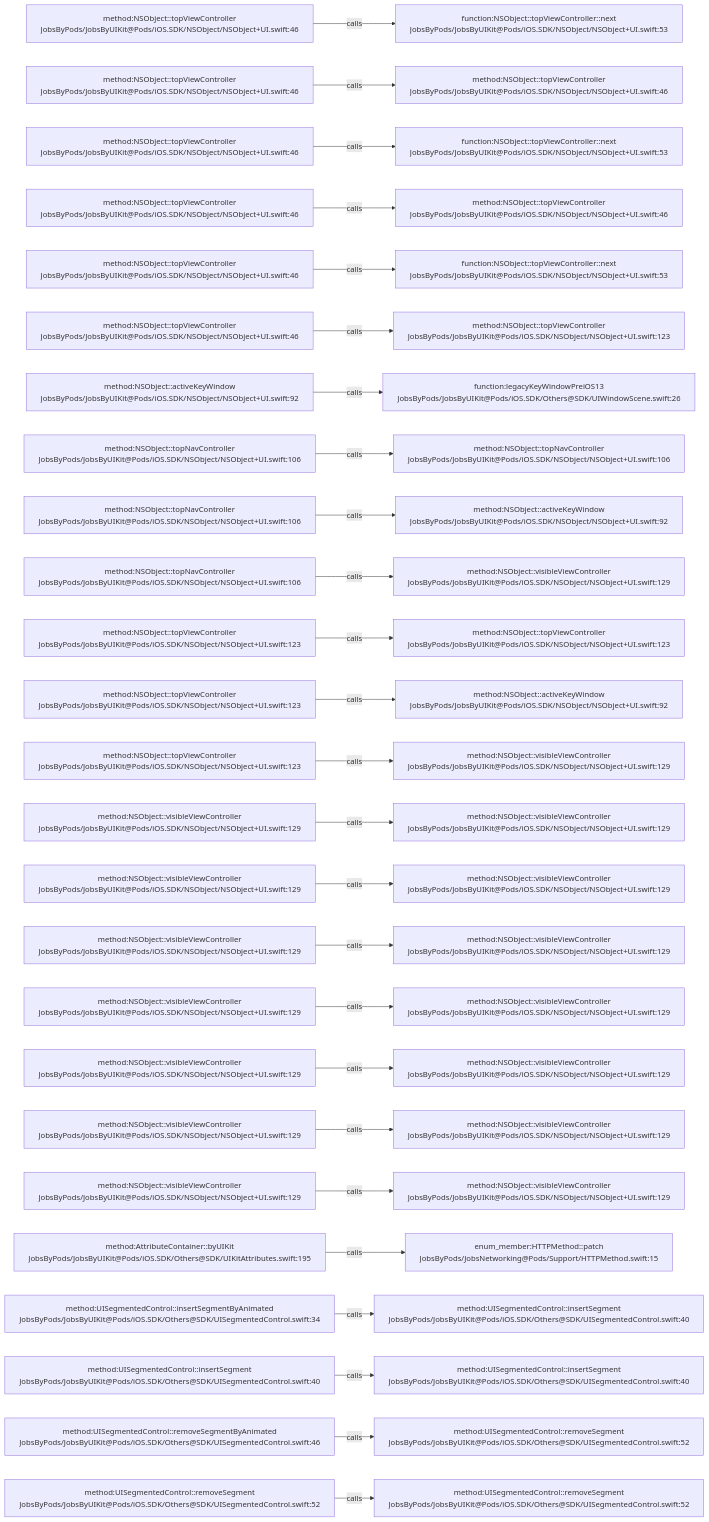
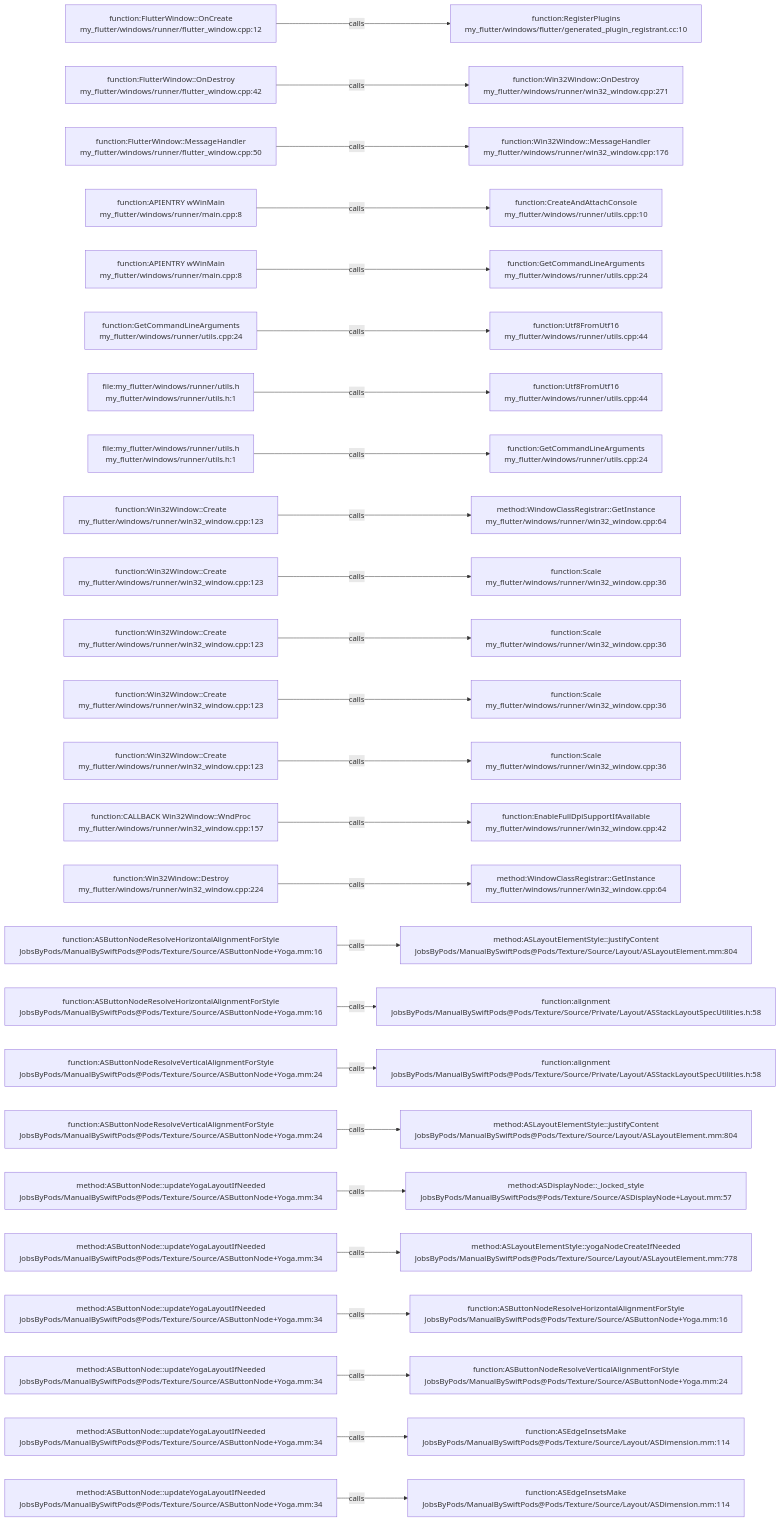
Before and after one commit to JobsKits/JobsSwiftBaseConfigDemo: the diagram in .codegraph/codegraph.md/graphs/calls-002.md, drawn with Mermaid. The commit also changed 832 other files, not shown here.

````diff
--- a/.codegraph/codegraph.md/graphs/calls-002.md
+++ b/.codegraph/codegraph.md/graphs/calls-002.md
@@ -13,78 +13,78 @@
 ```mermaid
 flowchart LR
-  S1["method:NSObject::topViewController<br/>JobsByPods/JobsByUIKit@Pods/iOS.SDK/NSObject/NSObject+UI.swift:46"]
-  T1["function:NSObject::topViewController::next<br/>JobsByPods/JobsByUIKit@Pods/iOS.SDK/NSObject/NSObject+UI.swift:53"]
+  S1["function:FlutterWindow::OnCreate<br/>my_flutter/windows/runner/flutter_window.cpp:12"]
+  T1["function:RegisterPlugins<br/>my_flutter/windows/flutter/generated_plugin_registrant.cc:10"]
   S1 -->|calls| T1
-  S2["method:NSObject::topViewController<br/>JobsByPods/JobsByUIKit@Pods/iOS.SDK/NSObject/NSObject+UI.swift:46"]
-  T2["method:NSObject::topViewController<br/>JobsByPods/JobsByUIKit@Pods/iOS.SDK/NSObject/NSObject+UI.swift:46"]
+  S2["function:FlutterWindow::OnDestroy<br/>my_flutter/windows/runner/flutter_window.cpp:42"]
+  T2["function:Win32Window::OnDestroy<br/>my_flutter/windows/runner/win32_window.cpp:271"]
   S2 -->|calls| T2
-  S3["method:NSObject::topViewController<br/>JobsByPods/JobsByUIKit@Pods/iOS.SDK/NSObject/NSObject+UI.swift:46"]
-  T3["function:NSObject::topViewController::next<br/>JobsByPods/JobsByUIKit@Pods/iOS.SDK/NSObject/NSObject+UI.swift:53"]
+  S3["function:FlutterWindow::MessageHandler<br/>my_flutter/windows/runner/flutter_window.cpp:50"]
+  T3["function:Win32Window::MessageHandler<br/>my_flutter/windows/runner/win32_window.cpp:176"]
   S3 -->|calls| T3
-  S4["method:NSObject::topViewController<br/>JobsByPods/JobsByUIKit@Pods/iOS.SDK/NSObject/NSObject+UI.swift:46"]
-  T4["method:NSObject::topViewController<br/>JobsByPods/JobsByUIKit@Pods/iOS.SDK/NSObject/NSObject+UI.swift:46"]
+  S4["function:APIENTRY wWinMain<br/>my_flutter/windows/runner/main.cpp:8"]
+  T4["function:CreateAndAttachConsole<br/>my_flutter/windows/runner/utils.cpp:10"]
   S4 -->|calls| T4
-  S5["method:NSObject::topViewController<br/>JobsByPods/JobsByUIKit@Pods/iOS.SDK/NSObject/NSObject+UI.swift:46"]
-  T5["function:NSObject::topViewController::next<br/>JobsByPods/JobsByUIKit@Pods/iOS.SDK/NSObject/NSObject+UI.swift:53"]
+  S5["function:APIENTRY wWinMain<br/>my_flutter/windows/runner/main.cpp:8"]
+  T5["function:GetCommandLineArguments<br/>my_flutter/windows/runner/utils.cpp:24"]
   S5 -->|calls| T5
-  S6["method:NSObject::topViewController<br/>JobsByPods/JobsByUIKit@Pods/iOS.SDK/NSObject/NSObject+UI.swift:46"]
-  T6["method:NSObject::topViewController<br/>JobsByPods/JobsByUIKit@Pods/iOS.SDK/NSObject/NSObject+UI.swift:123"]
+  S6["function:GetCommandLineArguments<br/>my_flutter/windows/runner/utils.cpp:24"]
+  T6["function:Utf8FromUtf16<br/>my_flutter/windows/runner/utils.cpp:44"]
   S6 -->|calls| T6
-  S7["method:NSObject::activeKeyWindow<br/>JobsByPods/JobsByUIKit@Pods/iOS.SDK/NSObject/NSObject+UI.swift:92"]
-  T7["function:legacyKeyWindowPreiOS13<br/>JobsByPods/JobsByUIKit@Pods/iOS.SDK/Others@SDK/UIWindowScene.swift:26"]
+  S7["file:my_flutter/windows/runner/utils.h<br/>my_flutter/windows/runner/utils.h:1"]
+  T7["function:Utf8FromUtf16<br/>my_flutter/windows/runner/utils.cpp:44"]
   S7 -->|calls| T7
-  S8["method:NSObject::topNavController<br/>JobsByPods/JobsByUIKit@Pods/iOS.SDK/NSObject/NSObject+UI.swift:106"]
-  T8["method:NSObject::topNavController<br/>JobsByPods/JobsByUIKit@Pods/iOS.SDK/NSObject/NSObject+UI.swift:106"]
+  S8["file:my_flutter/windows/runner/utils.h<br/>my_flutter/windows/runner/utils.h:1"]
+  T8["function:GetCommandLineArguments<br/>my_flutter/windows/runner/utils.cpp:24"]
   S8 -->|calls| T8
-  S9["method:NSObject::topNavController<br/>JobsByPods/JobsByUIKit@Pods/iOS.SDK/NSObject/NSObject+UI.swift:106"]
-  T9["method:NSObject::activeKeyWindow<br/>JobsByPods/JobsByUIKit@Pods/iOS.SDK/NSObject/NSObject+UI.swift:92"]
+  S9["function:Win32Window::Create<br/>my_flutter/windows/runner/win32_window.cpp:123"]
+  T9["method:WindowClassRegistrar::GetInstance<br/>my_flutter/windows/runner/win32_window.cpp:64"]
   S9 -->|calls| T9
-  S10["method:NSObject::topNavController<br/>JobsByPods/JobsByUIKit@Pods/iOS.SDK/NSObject/NSObject+UI.swift:106"]
-  T10["method:NSObject::visibleViewController<br/>JobsByPods/JobsByUIKit@Pods/iOS.SDK/NSObject/NSObject+UI.swift:129"]
+  S10["function:Win32Window::Create<br/>my_flutter/windows/runner/win32_window.cpp:123"]
+  T10["function:Scale<br/>my_flutter/windows/runner/win32_window.cpp:36"]
   S10 -->|calls| T10
-  S11["method:NSObject::topViewController<br/>JobsByPods/JobsByUIKit@Pods/iOS.SDK/NSObject/NSObject+UI.swift:123"]
-  T11["method:NSObject::topViewController<br/>JobsByPods/JobsByUIKit@Pods/iOS.SDK/NSObject/NSObject+UI.swift:123"]
+  S11["function:Win32Window::Create<br/>my_flutter/windows/runner/win32_window.cpp:123"]
+  T11["function:Scale<br/>my_flutter/windows/runner/win32_window.cpp:36"]
   S11 -->|calls| T11
-  S12["method:NSObject::topViewController<br/>JobsByPods/JobsByUIKit@Pods/iOS.SDK/NSObject/NSObject+UI.swift:123"]
-  T12["method:NSObject::activeKeyWindow<br/>JobsByPods/JobsByUIKit@Pods/iOS.SDK/NSObject/NSObject+UI.swift:92"]
+  S12["function:Win32Window::Create<br/>my_flutter/windows/runner/win32_window.cpp:123"]
+  T12["function:Scale<br/>my_flutter/windows/runner/win32_window.cpp:36"]
   S12 -->|calls| T12
-  S13["method:NSObject::topViewController<br/>JobsByPods/JobsByUIKit@Pods/iOS.SDK/NSObject/NSObject+UI.swift:123"]
-  T13["method:NSObject::visibleViewController<br/>JobsByPods/JobsByUIKit@Pods/iOS.SDK/NSObject/NSObject+UI.swift:129"]
+  S13["function:Win32Window::Create<br/>my_flutter/windows/runner/win32_window.cpp:123"]
+  T13["function:Scale<br/>my_flutter/windows/runner/win32_window.cpp:36"]
   S13 -->|calls| T13
-  S14["method:NSObject::visibleViewController<br/>JobsByPods/JobsByUIKit@Pods/iOS.SDK/NSObject/NSObject+UI.swift:129"]
-  T14["method:NSObject::visibleViewController<br/>JobsByPods/JobsByUIKit@Pods/iOS.SDK/NSObject/NSObject+UI.swift:129"]
+  S14["function:CALLBACK Win32Window::WndProc<br/>my_flutter/windows/runner/win32_window.cpp:157"]
+  T14["function:EnableFullDpiSupportIfAvailable<br/>my_flutter/windows/runner/win32_window.cpp:42"]
   S14 -->|calls| T14
-  S15["method:NSObject::visibleViewController<br/>JobsByPods/JobsByUIKit@Pods/iOS.SDK/NSObject/NSObject+UI.swift:129"]
-  T15["method:NSObject::visibleViewController<br/>JobsByPods/JobsByUIKit@Pods/iOS.SDK/NSObject/NSObject+UI.swift:129"]
+  S15["function:Win32Window::Destroy<br/>my_flutter/windows/runner/win32_window.cpp:224"]
+  T15["method:WindowClassRegistrar::GetInstance<br/>my_flutter/windows/runner/win32_window.cpp:64"]
   S15 -->|calls| T15
-  S16["method:NSObject::visibleViewController<br/>JobsByPods/JobsByUIKit@Pods/iOS.SDK/NSObject/NSObject+UI.swift:129"]
-  T16["method:NSObject::visibleViewController<br/>JobsByPods/JobsByUIKit@Pods/iOS.SDK/NSObject/NSObject+UI.swift:129"]
+  S16["function:ASButtonNodeResolveHorizontalAlignmentForStyle<br/>JobsByPods/ManualBySwiftPods@Pods/Texture/Source/ASButtonNode+Yoga.mm:16"]
+  T16["method:ASLayoutElementStyle::justifyContent<br/>JobsByPods/ManualBySwiftPods@Pods/Texture/Source/Layout/ASLayoutElement.mm:804"]
   S16 -->|calls| T16
-  S17["method:NSObject::visibleViewController<br/>JobsByPods/JobsByUIKit@Pods/iOS.SDK/NSObject/NSObject+UI.swift:129"]
-  T17["method:NSObject::visibleViewController<br/>JobsByPods/JobsByUIKit@Pods/iOS.SDK/NSObject/NSObject+UI.swift:129"]
+  S17["function:ASButtonNodeResolveHorizontalAlignmentForStyle<br/>JobsByPods/ManualBySwiftPods@Pods/Texture/Source/ASButtonNode+Yoga.mm:16"]
+  T17["function:alignment<br/>JobsByPods/ManualBySwiftPods@Pods/Texture/Source/Private/Layout/ASStackLayoutSpecUtilities.h:58"]
   S17 -->|calls| T17
-  S18["method:NSObject::visibleViewController<br/>JobsByPods/JobsByUIKit@Pods/iOS.SDK/NSObject/NSObject+UI.swift:129"]
-  T18["method:NSObject::visibleViewController<br/>JobsByPods/JobsByUIKit@Pods/iOS.SDK/NSObject/NSObject+UI.swift:129"]
+  S18["function:ASButtonNodeResolveVerticalAlignmentForStyle<br/>JobsByPods/ManualBySwiftPods@Pods/Texture/Source/ASButtonNode+Yoga.mm:24"]
+  T18["function:alignment<br/>JobsByPods/ManualBySwiftPods@Pods/Texture/Source/Private/Layout/ASStackLayoutSpecUtilities.h:58"]
   S18 -->|calls| T18
-  S19["method:NSObject::visibleViewController<br/>JobsByPods/JobsByUIKit@Pods/iOS.SDK/NSObject/NSObject+UI.swift:129"]
-  T19["method:NSObject::visibleViewController<br/>JobsByPods/JobsByUIKit@Pods/iOS.SDK/NSObject/NSObject+UI.swift:129"]
+  S19["function:ASButtonNodeResolveVerticalAlignmentForStyle<br/>JobsByPods/ManualBySwiftPods@Pods/Texture/Source/ASButtonNode+Yoga.mm:24"]
+  T19["method:ASLayoutElementStyle::justifyContent<br/>JobsByPods/ManualBySwiftPods@Pods/Texture/Source/Layout/ASLayoutElement.mm:804"]
   S19 -->|calls| T19
-  S20["method:NSObject::visibleViewController<br/>JobsByPods/JobsByUIKit@Pods/iOS.SDK/NSObject/NSObject+UI.swift:129"]
-  T20["method:NSObject::visibleViewController<br/>JobsByPods/JobsByUIKit@Pods/iOS.SDK/NSObject/NSObject+UI.swift:129"]
+  S20["method:ASButtonNode::updateYogaLayoutIfNeeded<br/>JobsByPods/ManualBySwiftPods@Pods/Texture/Source/ASButtonNode+Yoga.mm:34"]
+  T20["method:ASDisplayNode::_locked_style<br/>JobsByPods/ManualBySwiftPods@Pods/Texture/Source/ASDisplayNode+Layout.mm:57"]
   S20 -->|calls| T20
-  S21["method:AttributeContainer::byUIKit<br/>JobsByPods/JobsByUIKit@Pods/iOS.SDK/Others@SDK/UIKitAttributes.swift:195"]
-  T21["enum_member:HTTPMethod::patch<br/>JobsByPods/JobsNetworking@Pods/Support/HTTPMethod.swift:15"]
+  S21["method:ASButtonNode::updateYogaLayoutIfNeeded<br/>JobsByPods/ManualBySwiftPods@Pods/Texture/Source/ASButtonNode+Yoga.mm:34"]
+  T21["method:ASLayoutElementStyle::yogaNodeCreateIfNeeded<br/>JobsByPods/ManualBySwiftPods@Pods/Texture/Source/Layout/ASLayoutElement.mm:778"]
   S21 -->|calls| T21
-  S22["method:UISegmentedControl::insertSegmentByAnimated<br/>JobsByPods/JobsByUIKit@Pods/iOS.SDK/Others@SDK/UISegmentedControl.swift:34"]
-  T22["method:UISegmentedControl::insertSegment<br/>JobsByPods/JobsByUIKit@Pods/iOS.SDK/Others@SDK/UISegmentedControl.swift:40"]
+  S22["method:ASButtonNode::updateYogaLayoutIfNeeded<br/>JobsByPods/ManualBySwiftPods@Pods/Texture/Source/ASButtonNode+Yoga.mm:34"]
+  T22["function:ASButtonNodeResolveHorizontalAlignmentForStyle<br/>JobsByPods/ManualBySwiftPods@Pods/Texture/Source/ASButtonNode+Yoga.mm:16"]
   S22 -->|calls| T22
-  S23["method:UISegmentedControl::insertSegment<br/>JobsByPods/JobsByUIKit@Pods/iOS.SDK/Others@SDK/UISegmentedControl.swift:40"]
-  T23["method:UISegmentedControl::insertSegment<br/>JobsByPods/JobsByUIKit@Pods/iOS.SDK/Others@SDK/UISegmentedControl.swift:40"]
+  S23["method:ASButtonNode::updateYogaLayoutIfNeeded<br/>JobsByPods/ManualBySwiftPods@Pods/Texture/Source/ASButtonNode+Yoga.mm:34"]
+  T23["function:ASButtonNodeResolveVerticalAlignmentForStyle<br/>JobsByPods/ManualBySwiftPods@Pods/Texture/Source/ASButtonNode+Yoga.mm:24"]
   S23 -->|calls| T23
-  S24["method:UISegmentedControl::removeSegmentByAnimated<br/>JobsByPods/JobsByUIKit@Pods/iOS.SDK/Others@SDK/UISegmentedControl.swift:46"]
-  T24["method:UISegmentedControl::removeSegment<br/>JobsByPods/JobsByUIKit@Pods/iOS.SDK/Others@SDK/UISegmentedControl.swift:52"]
+  S24["method:ASButtonNode::updateYogaLayoutIfNeeded<br/>JobsByPods/ManualBySwiftPods@Pods/Texture/Source/ASButtonNode+Yoga.mm:34"]
+  T24["function:ASEdgeInsetsMake<br/>JobsByPods/ManualBySwiftPods@Pods/Texture/Source/Layout/ASDimension.mm:114"]
   S24 -->|calls| T24
-  S25["method:UISegmentedControl::removeSegment<br/>JobsByPods/JobsByUIKit@Pods/iOS.SDK/Others@SDK/UISegmentedControl.swift:52"]
-  T25["method:UISegmentedControl::removeSegment<br/>JobsByPods/JobsByUIKit@Pods/iOS.SDK/Others@SDK/UISegmentedControl.swift:52"]
+  S25["method:ASButtonNode::updateYogaLayoutIfNeeded<br/>JobsByPods/ManualBySwiftPods@Pods/Texture/Source/ASButtonNode+Yoga.mm:34"]
+  T25["function:ASEdgeInsetsMake<br/>JobsByPods/ManualBySwiftPods@Pods/Texture/Source/Layout/ASDimension.mm:114"]
   S25 -->|calls| T25
 ```
````
